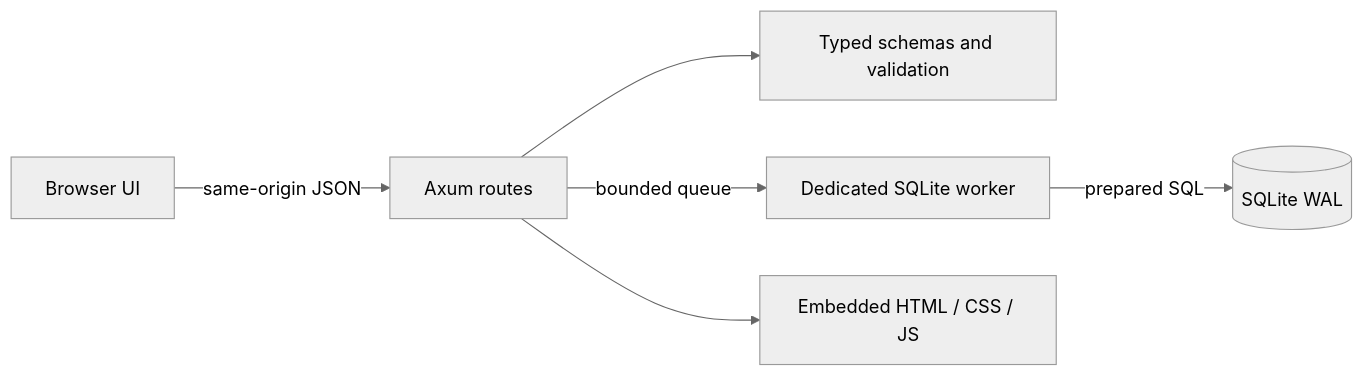
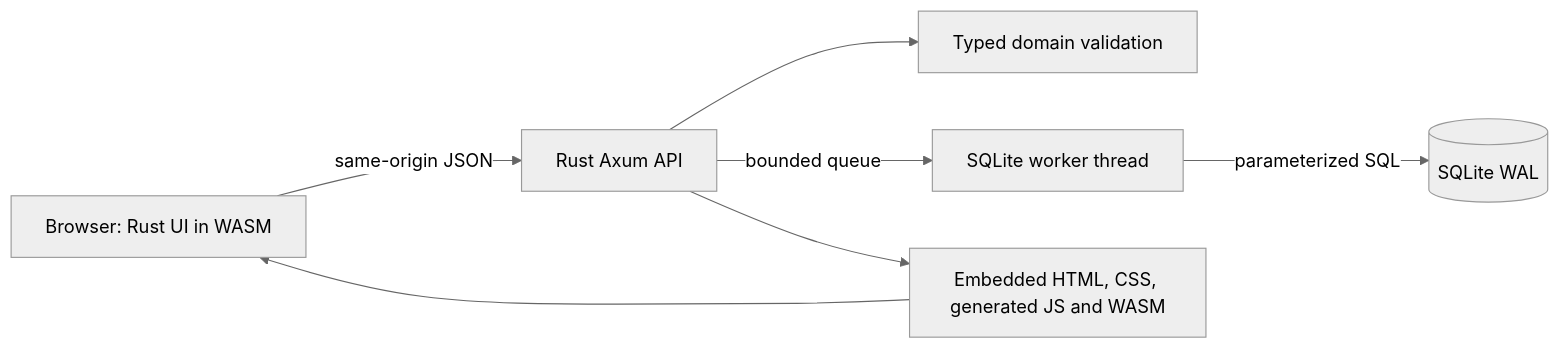
One commit to haranishi/business-apps-rs changed the first of 2 diagrams in docs/design.md. Above: the diagram before and after it, drawn with Mermaid (neutral theme). The commit also changed other lines of this file and 14 other files, not shown here.

````diff
--- a/docs/design.md
+++ b/docs/design.md
@@ -16,8 +21,9 @@
 ```mermaid
 flowchart LR
-  Browser[Browser UI] -->|same-origin JSON| HTTP[Axum routes]
-  HTTP --> Domain[Typed schemas and validation]
-  HTTP -->|bounded queue| Worker[Dedicated SQLite worker]
-  Worker -->|prepared SQL| DB[(SQLite WAL)]
-  HTTP --> Assets[Embedded HTML / CSS / JS]
+  UI[Browser: Rust UI in WASM] -->|same-origin JSON| HTTP[Rust Axum API]
+  HTTP --> Domain[Typed domain validation]
+  HTTP -->|bounded queue| Worker[SQLite worker thread]
+  Worker -->|parameterized SQL| DB[(SQLite WAL)]
+  HTTP --> Assets[Embedded HTML, CSS, generated JS and WASM]
+  Assets --> UI
 ```
````
